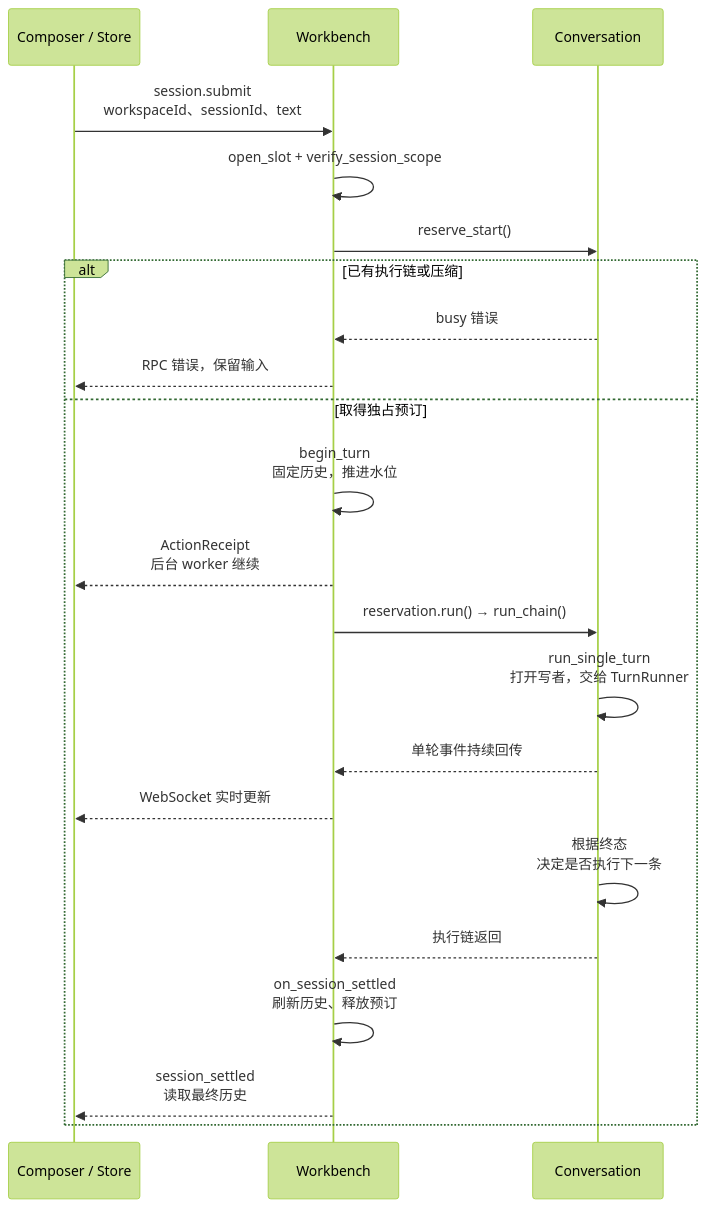
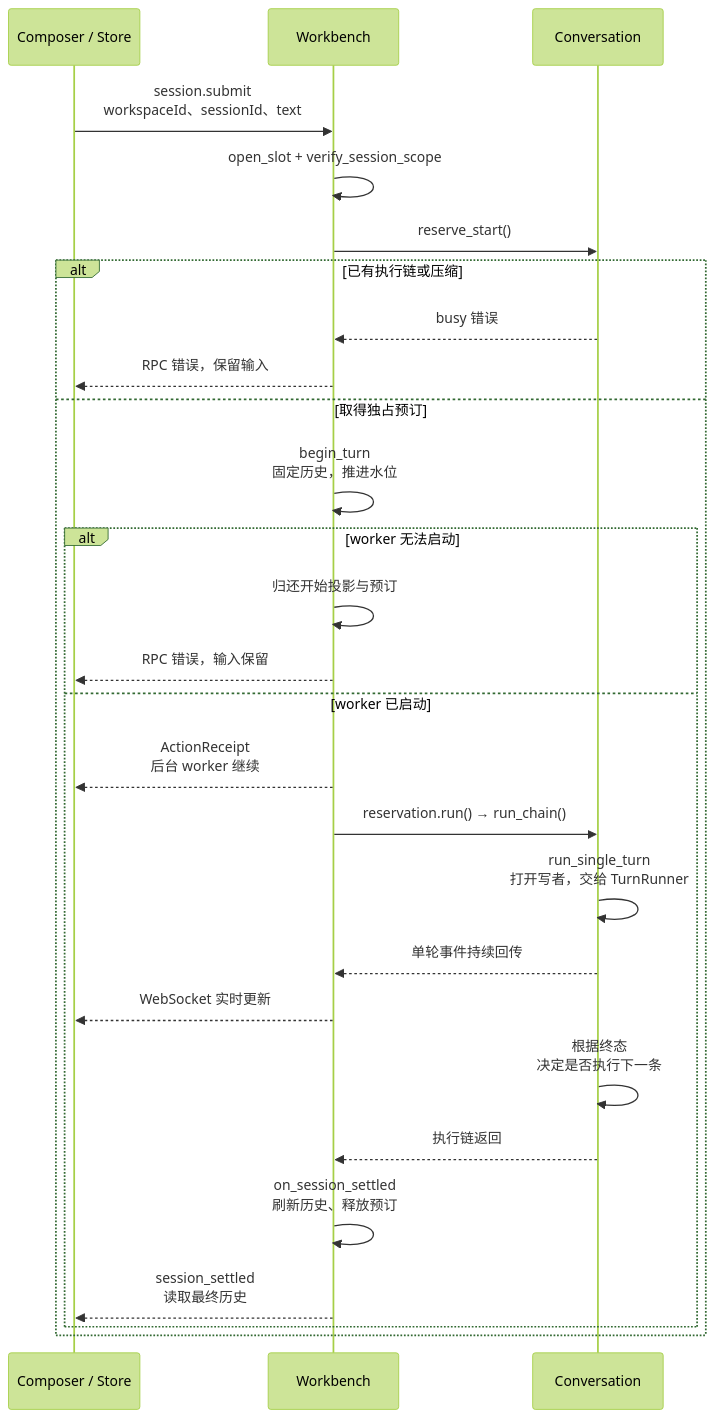
Before and after one commit to qjcnmd/singularity-agent: diagram 12 of 29 in docs/singularity.md, drawn with Mermaid (forest theme). The commit also changed other lines of this file and 52 other files, not shown here.

````diff
--- a/docs/singularity.md
+++ b/docs/singularity.md
@@ -319,24 +319,29 @@
 ```mermaid
 sequenceDiagram
     participant UI as Composer / Store
     participant WB as Workbench
     participant Conv as Conversation
     UI->>WB: session.submit<br/>workspaceId、sessionId、text
     WB->>WB: open_slot + verify_session_scope
     WB->>Conv: reserve_start()
     alt 已有执行链或压缩
         Conv-->>WB: busy 错误
         WB-->>UI: RPC 错误，保留输入
     else 取得独占预订
         WB->>WB: begin_turn<br/>固定历史，推进水位
-        WB-->>UI: ActionReceipt<br/>后台 worker 继续
-        WB->>Conv: reservation.run() → run_chain()
-        Conv->>Conv: run_single_turn<br/>打开写者，交给 TurnRunner
-        Conv-->>WB: 单轮事件持续回传
-        WB-->>UI: WebSocket 实时更新
-        Conv->>Conv: 根据终态<br/>决定是否执行下一条
-        Conv-->>WB: 执行链返回
-        WB->>WB: on_session_settled<br/>刷新历史、释放预订
-        WB-->>UI: session_settled<br/>读取最终历史
+        alt worker 无法启动
+            WB->>WB: 归还开始投影与预订
+            WB-->>UI: RPC 错误，输入保留
+        else worker 已启动
+            WB-->>UI: ActionReceipt<br/>后台 worker 继续
+            WB->>Conv: reservation.run() → run_chain()
+            Conv->>Conv: run_single_turn<br/>打开写者，交给 TurnRunner
+            Conv-->>WB: 单轮事件持续回传
+            WB-->>UI: WebSocket 实时更新
+            Conv->>Conv: 根据终态<br/>决定是否执行下一条
+            Conv-->>WB: 执行链返回
+            WB->>WB: on_session_settled<br/>刷新历史、释放预订
+            WB-->>UI: session_settled<br/>读取最终历史
+        end
     end
 ```
````
